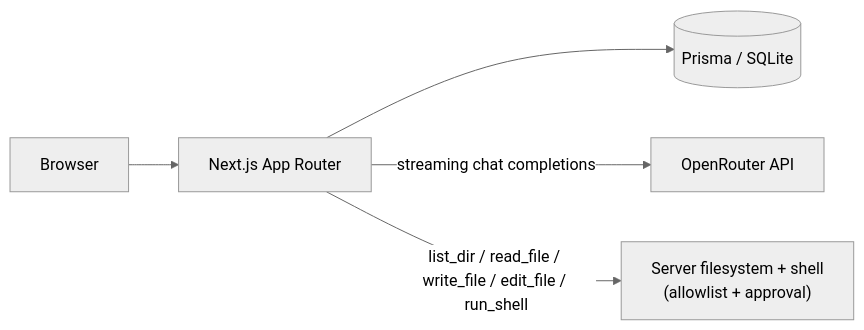
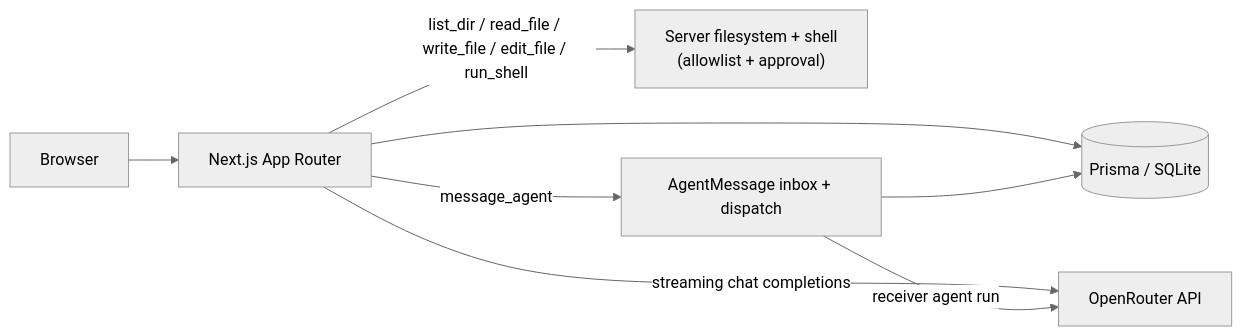
Before and after one commit to kyawzawhein-qa/atrium: the diagram in README.md, drawn with Mermaid (neutral theme). The commit also changed other lines of this file and 1 other file, not shown here.

Commit message:
docs: align agent handoff description with async inbox behavior (#18)

````diff
--- a/README.md
+++ b/README.md
@@ -127,7 +127,10 @@
 ```mermaid
 flowchart LR
   Browser --> App["Next.js App Router"]
   App --> SQLite[(Prisma / SQLite)]
   App -->|streaming chat completions| OpenRouter["OpenRouter API"]
   App -->|list_dir / read_file / write_file / edit_file / run_shell| FS["Server filesystem + shell\n(allowlist + approval)"]
+  App -->|message_agent| Inbox["AgentMessage inbox + dispatch"]
+  Inbox --> SQLite
+  Inbox -->|receiver agent run| OpenRouter
 ```
````
